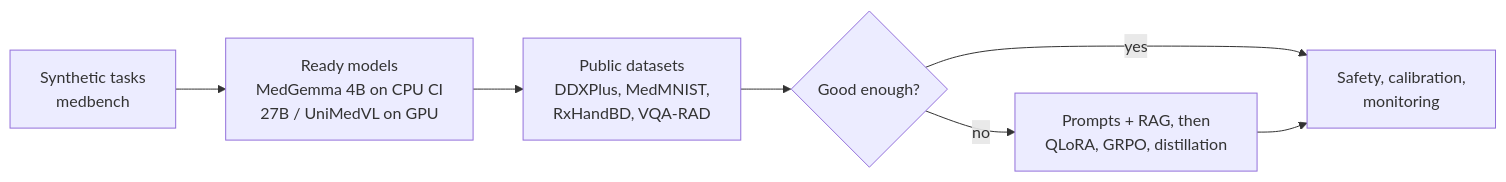
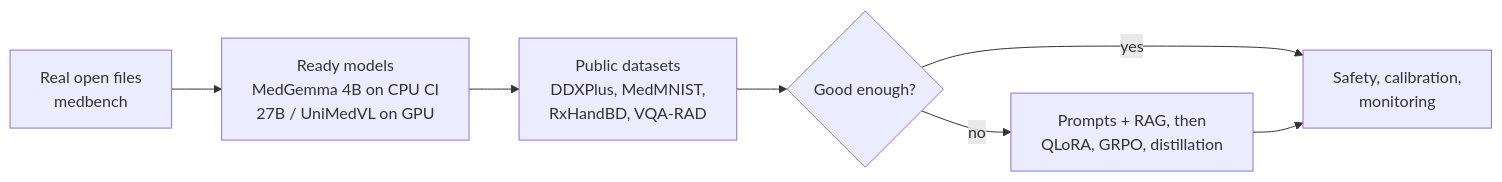
Before and after one commit to konard/medical-neural-network-ml: the diagram in docs/case-studies/issue-1/README.md, drawn with Mermaid. The commit also changed other lines of this file and 14 other files, not shown here.

First line of the commit message:
Describe the real open test files in the issue #1 case study

````diff
--- a/docs/case-studies/issue-1/README.md
+++ b/docs/case-studies/issue-1/README.md
@@ -61,9 +71,9 @@
 ```mermaid
 flowchart LR
-    S[Synthetic tasks<br/>medbench] --> R[Ready models<br/>MedGemma 4B on CPU CI<br/>27B / UniMedVL on GPU]
+    S[Real open files<br/>medbench] --> R[Ready models<br/>MedGemma 4B on CPU CI<br/>27B / UniMedVL on GPU]
     R --> P[Public datasets<br/>DDXPlus, MedMNIST,<br/>RxHandBD, VQA-RAD]
     P --> A{Good enough?}
     A -- yes --> H[Safety, calibration,<br/>monitoring]
     A -- no --> F[Prompts + RAG, then<br/>QLoRA, GRPO, distillation]
     F --> H
 ```
````
